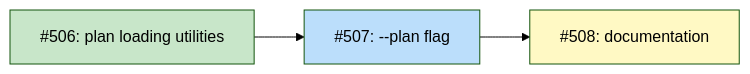
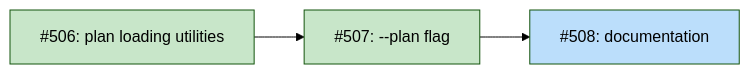
Before and after one commit to tsukumogami/tsuku: the diagram in docs/DESIGN-plan-based-installation.md, drawn with Mermaid (forest theme). The commit also changed 4 other files, not shown here.

````diff
--- a/docs/DESIGN-plan-based-installation.md
+++ b/docs/DESIGN-plan-based-installation.md
@@ -21,18 +21,18 @@
 ```mermaid
 graph LR
     I506["#506: plan loading utilities"]
     I507["#507: --plan flag"]
     I508["#508: documentation"]
 
     I506 --> I507
     I507 --> I508
 
     classDef done fill:#c8e6c9
     classDef ready fill:#bbdefb
     classDef blocked fill:#fff9c4
     classDef needsDesign fill:#e1bee7
 
     class I506 done
-    class I507 ready
-    class I508 blocked
+    class I507 done
+    class I508 ready
 ```
````
